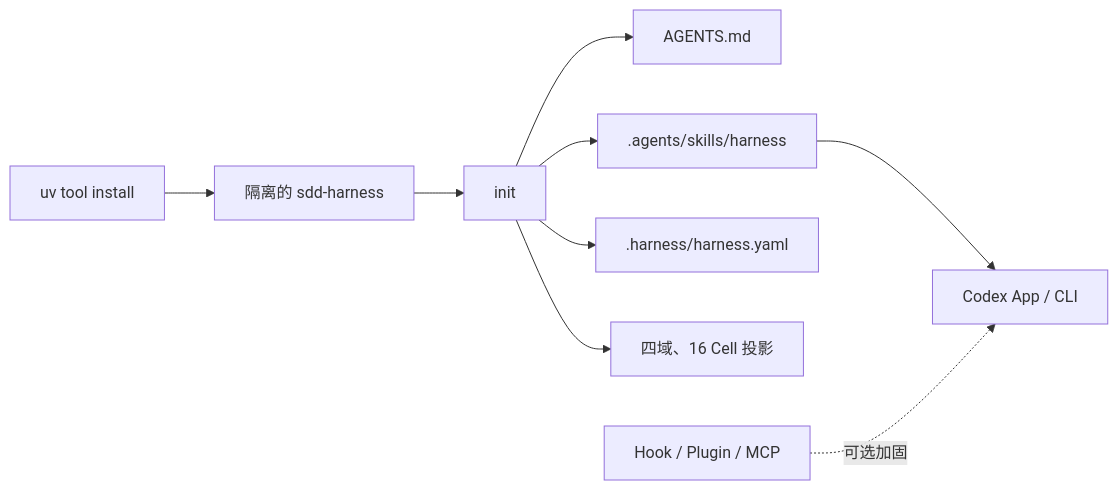
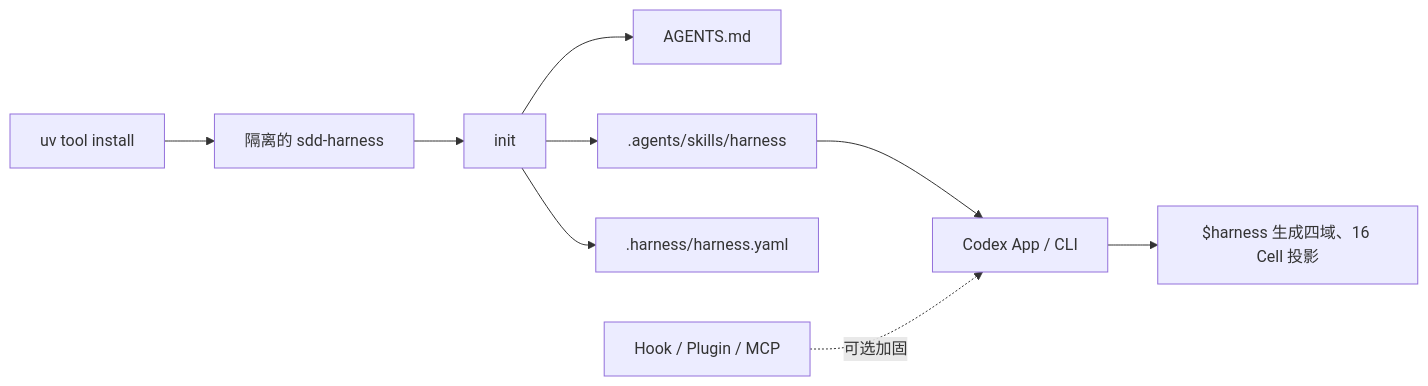
The diagram in README.md (bigsmartben/harness-scaffold), drawn with Mermaid before and after one commit. The commit also changed other lines of this file and 37 other files, not shown here.

````diff
--- a/README.md
+++ b/README.md
@@ -27,11 +29,11 @@
 ```mermaid
 flowchart LR
     A["uv tool install"] --> B["隔离的 sdd-harness"]
     B --> C["init"]
     C --> D["AGENTS.md"]
     C --> E[".agents/skills/harness"]
     C --> F[".harness/harness.yaml"]
-    C --> G["四域、16 Cell 投影"]
     E --> H["Codex App / CLI"]
+    H --> G["$harness 生成四域、16 Cell 投影"]
     I["Hook / Plugin / MCP"] -. "可选加固" .-> H
 ```
````
